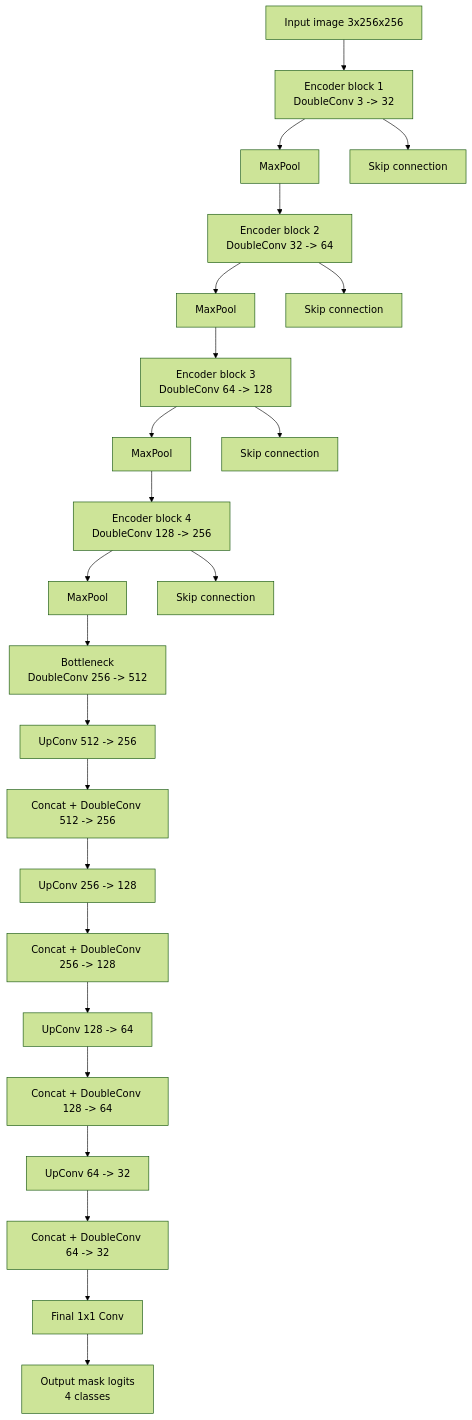
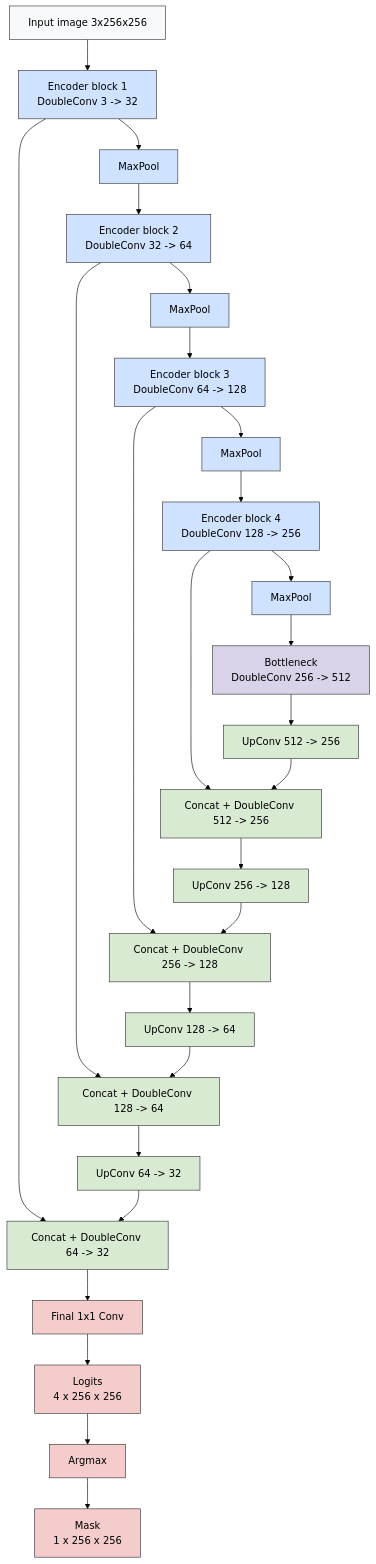
One commit to Anton-Geo/vu-dl-vehicle-segmentation changed the diagram in README.md. Above: the diagram before and after it, drawn with Mermaid (forest theme).

Commit message:
Update README - model schema

````diff
--- a/README.md
+++ b/README.md
@@ -44,31 +44,45 @@
 ```mermaid
 flowchart TD
     A[Input image 3x256x256] --> B[Encoder block 1<br/>DoubleConv 3 -> 32]
     B --> C[MaxPool]
     C --> D[Encoder block 2<br/>DoubleConv 32 -> 64]
     D --> E[MaxPool]
     E --> F[Encoder block 3<br/>DoubleConv 64 -> 128]
     F --> G[MaxPool]
     G --> H[Encoder block 4<br/>DoubleConv 128 -> 256]
     H --> I[MaxPool]
     I --> J[Bottleneck<br/>DoubleConv 256 -> 512]
 
     J --> K[UpConv 512 -> 256]
-    H --> K2[Skip connection]
-    K --> L[Concat + DoubleConv 512 -> 256]
+    H --> L[Concat + DoubleConv 512 -> 256]
+    K --> L
 
     L --> M[UpConv 256 -> 128]
-    F --> M2[Skip connection]
-    M --> N[Concat + DoubleConv 256 -> 128]
+    F --> N[Concat + DoubleConv 256 -> 128]
+    M --> N
 
     N --> O[UpConv 128 -> 64]
-    D --> O2[Skip connection]
-    O --> P[Concat + DoubleConv 128 -> 64]
+    D --> P[Concat + DoubleConv 128 -> 64]
+    O --> P
 
     P --> Q[UpConv 64 -> 32]
-    B --> Q2[Skip connection]
-    Q --> R[Concat + DoubleConv 64 -> 32]
+    B --> R[Concat + DoubleConv 64 -> 32]
+    Q --> R
 
     R --> S[Final 1x1 Conv]
-    S --> T[Output mask logits<br/>4 classes]
+    S --> T[Logits<br/>4 x 256 x 256]
+    T --> U[Argmax]
+    U --> V[Mask<br/>1 x 256 x 256]
+
+    classDef input fill:#f8f9fa,stroke:#333,stroke-width:1px;
+    classDef encoder fill:#cfe2ff,stroke:#333,stroke-width:1px;
+    classDef bottleneck fill:#d9d2e9,stroke:#333,stroke-width:1px;
+    classDef decoder fill:#d9ead3,stroke:#333,stroke-width:1px;
+    classDef output fill:#f4cccc,stroke:#333,stroke-width:1px;
+
+    class A input;
+    class B,C,D,E,F,G,H,I encoder;
+    class J bottleneck;
+    class K,L,M,N,O,P,Q,R decoder;
+    class S,T,U,V output;
 ```
````
